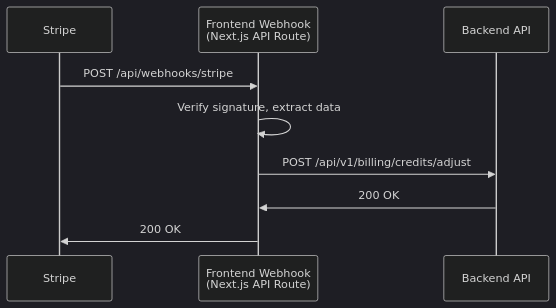
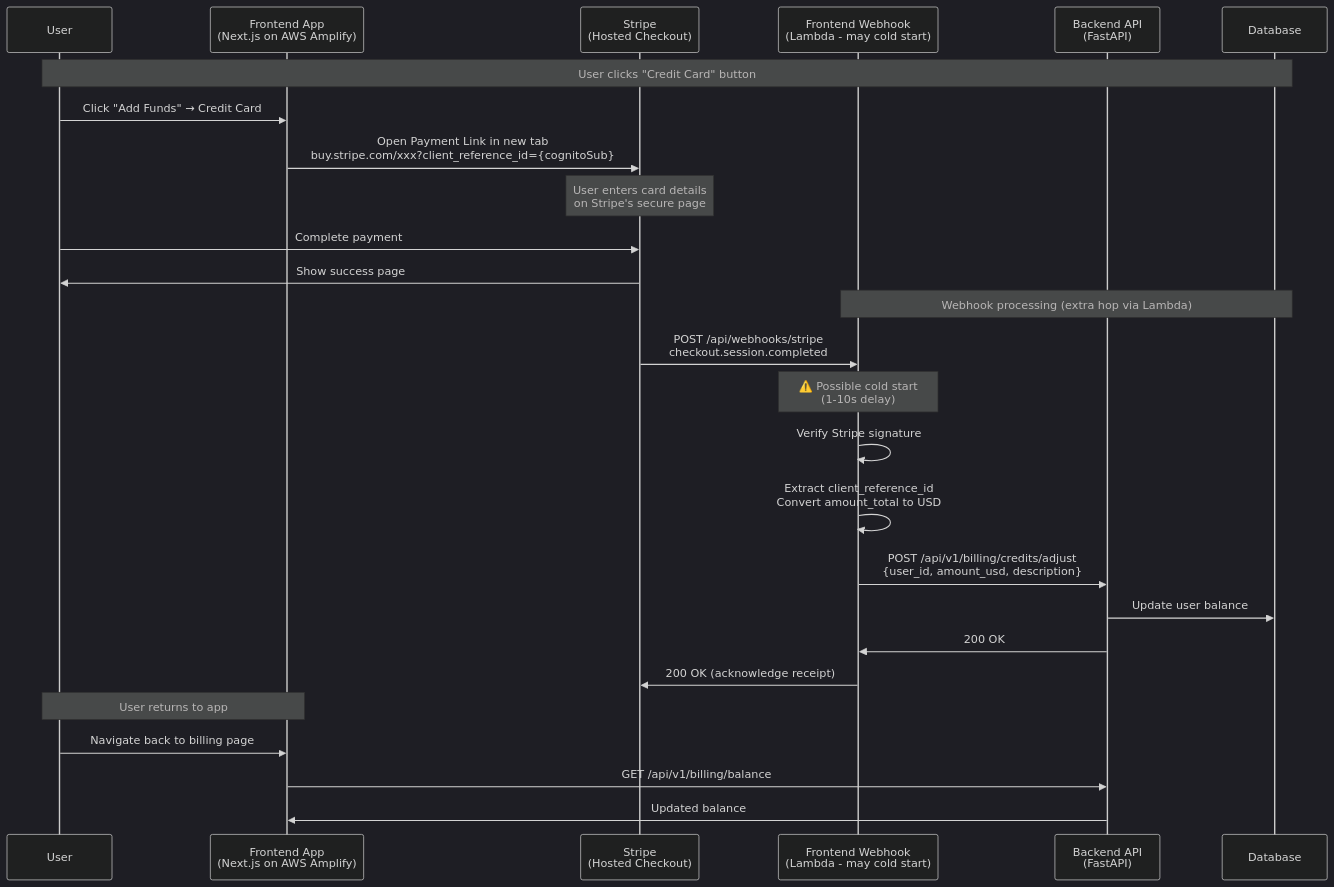
Before and after one commit to MorpheusAIs/Morpheus-Marketplace-APP: the second of 2 diagrams in docs/stripe-payment-flow.md, drawn with Mermaid (dark theme). The commit also changed other lines of this file, not shown here.

````diff
--- a/docs/stripe-payment-flow.md
+++ b/docs/stripe-payment-flow.md
@@ -63,12 +63,36 @@
 ```mermaid
 sequenceDiagram
-    participant S as Stripe
-    participant FW as Frontend Webhook<br/>(Next.js API Route)
-    participant BE as Backend API
+    participant U as User
+    participant FE as Frontend App<br/>(Next.js on AWS Amplify)
+    participant S as Stripe<br/>(Hosted Checkout)
+    participant FW as Frontend Webhook<br/>(Lambda - may cold start)
+    participant BE as Backend API<br/>(FastAPI)
+    participant DB as Database
 
-    S->>FW: POST /api/webhooks/stripe
-    FW->>FW: Verify signature, extract data
-    FW->>BE: POST /api/v1/billing/credits/adjust
+    Note over U,DB: User clicks "Credit Card" button
+
+    U->>FE: Click "Add Funds" → Credit Card
+    FE->>S: Open Payment Link in new tab<br/>buy.stripe.com/xxx?client_reference_id={cognitoSub}
+    
+    Note over S: User enters card details<br/>on Stripe's secure page
+    
+    U->>S: Complete payment
+    S->>U: Show success page
+    
+    Note over FW,DB: Webhook processing (extra hop via Lambda)
+    
+    S->>FW: POST /api/webhooks/stripe<br/>checkout.session.completed
+    Note over FW: ⚠️ Possible cold start<br/>(1-10s delay)
+    FW->>FW: Verify Stripe signature
+    FW->>FW: Extract client_reference_id<br/>Convert amount_total to USD
+    FW->>BE: POST /api/v1/billing/credits/adjust<br/>{user_id, amount_usd, description}
+    BE->>DB: Update user balance
     BE->>FW: 200 OK
-    FW->>S: 200 OK
+    FW->>S: 200 OK (acknowledge receipt)
+    
+    Note over U,FE: User returns to app
+    
+    U->>FE: Navigate back to billing page
+    FE->>BE: GET /api/v1/billing/balance
+    BE->>FE: Updated balance
 ```
````
